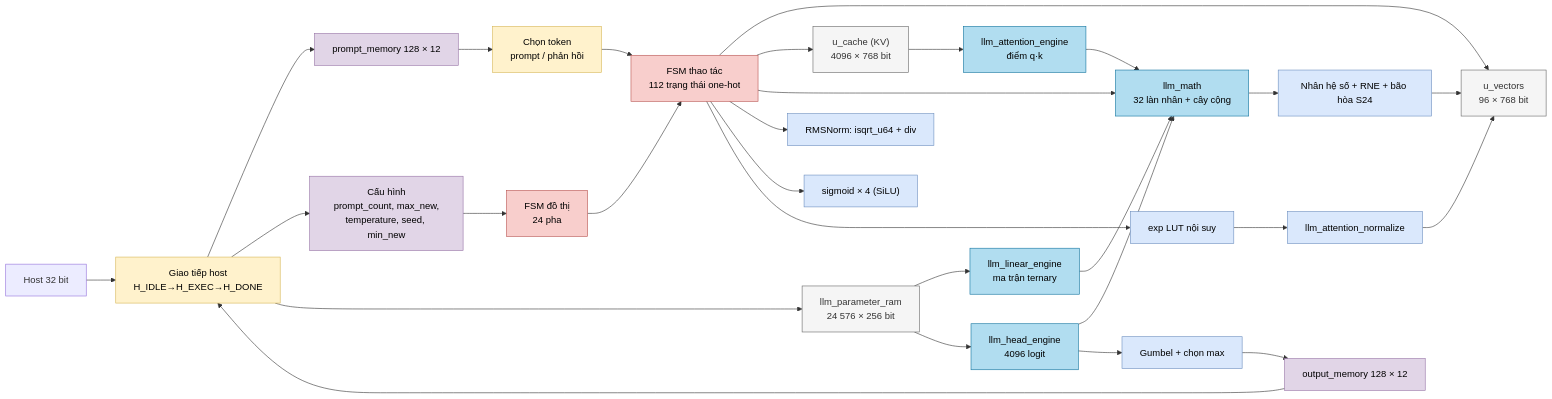
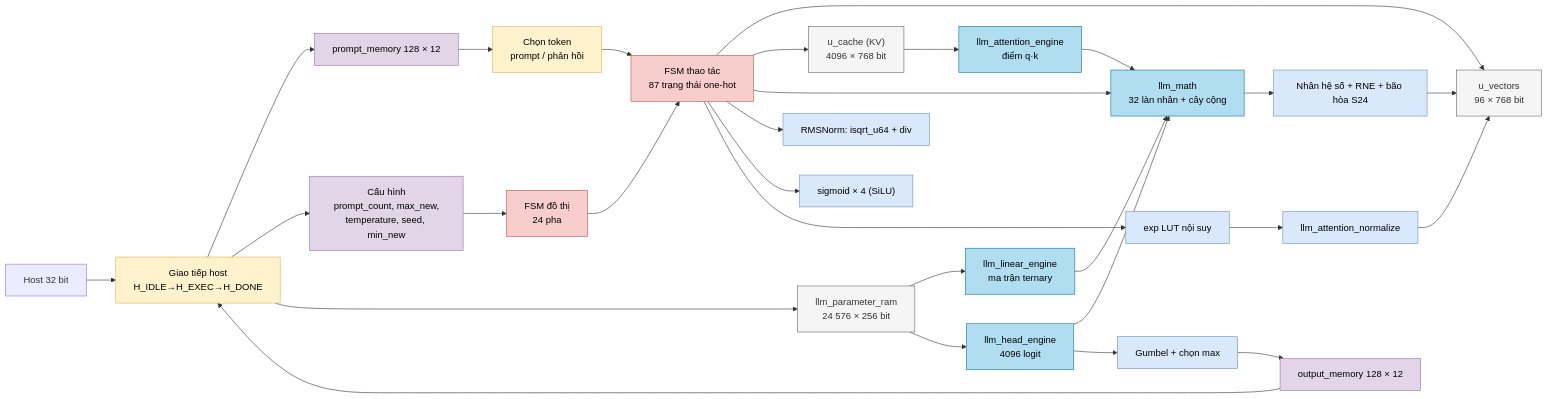
One commit to nguyennhutkhanhtom/NPU changed the first of 3 diagrams in Verilog Source code/doc/modules/llm_soc.md. Above: the diagram before and after it, drawn with Mermaid. The commit also changed other lines of this file and 6 other files, not shown here.

````diff
--- a/Verilog Source code/doc/modules/llm_soc.md
+++ b/Verilog Source code/doc/modules/llm_soc.md
@@ -107,36 +107,36 @@
 ```mermaid
 flowchart LR
     classDef ctrl fill:#f8cecc,stroke:#b85450,color:#000
     classDef move fill:#fff2cc,stroke:#d6b656,color:#000
     classDef param fill:#f5f5f5,stroke:#666666,color:#333
     classDef mac fill:#b1ddf0,stroke:#10739e,color:#000
     classDef act fill:#dae8fc,stroke:#6c8ebf,color:#000
     classDef reg fill:#e1d5e7,stroke:#9673a6,color:#000
     HOST["Host 32 bit"] --> HIF["Giao tiếp host<br/>H_IDLE→H_EXEC→H_DONE"]:::move
     HIF --> PR["prompt_memory 128 × 12"]:::reg
     HIF --> CFG["Cấu hình<br/>prompt_count, max_new,<br/>temperature, seed, min_new"]:::reg
     HIF --> PRM["llm_parameter_ram<br/>24 576 × 256 bit"]:::param
     OUTM["output_memory 128 × 12"]:::reg --> HIF
     CFG --> GR["FSM đồ thị<br/>24 pha"]:::ctrl
-    GR --> OP["FSM thao tác<br/>112 trạng thái one-hot"]:::ctrl
+    GR --> OP["FSM thao tác<br/>87 trạng thái one-hot"]:::ctrl
     PR --> TOK["Chọn token<br/>prompt / phản hồi"]:::move
     TOK --> OP
     OP --> VEC["u_vectors<br/>96 × 768 bit"]:::param
     OP --> KV["u_cache (KV)<br/>4096 × 768 bit"]:::param
     PRM --> LIN["llm_linear_engine<br/>ma trận ternary"]:::mac
     PRM --> HEAD["llm_head_engine<br/>4096 logit"]:::mac
     KV --> ATT["llm_attention_engine<br/>điểm q·k"]:::mac
     LIN --> MATH["llm_math<br/>32 làn nhân + cây cộng"]:::mac
     HEAD --> MATH
     ATT --> MATH
     OP --> MATH
     MATH --> SC["Nhân hệ số + RNE + bão hòa S24"]:::act
     SC --> VEC
     OP --> NRM["RMSNorm: isqrt_u64 + div"]:::act
     OP --> SIG["sigmoid × 4 (SiLU)"]:::act
     OP --> EXP["exp LUT nội suy"]:::act
     EXP --> AN["llm_attention_normalize"]:::act
     AN --> VEC
     HEAD --> SMP["Gumbel + chọn max"]:::act
     SMP --> OUTM
 ```
````
